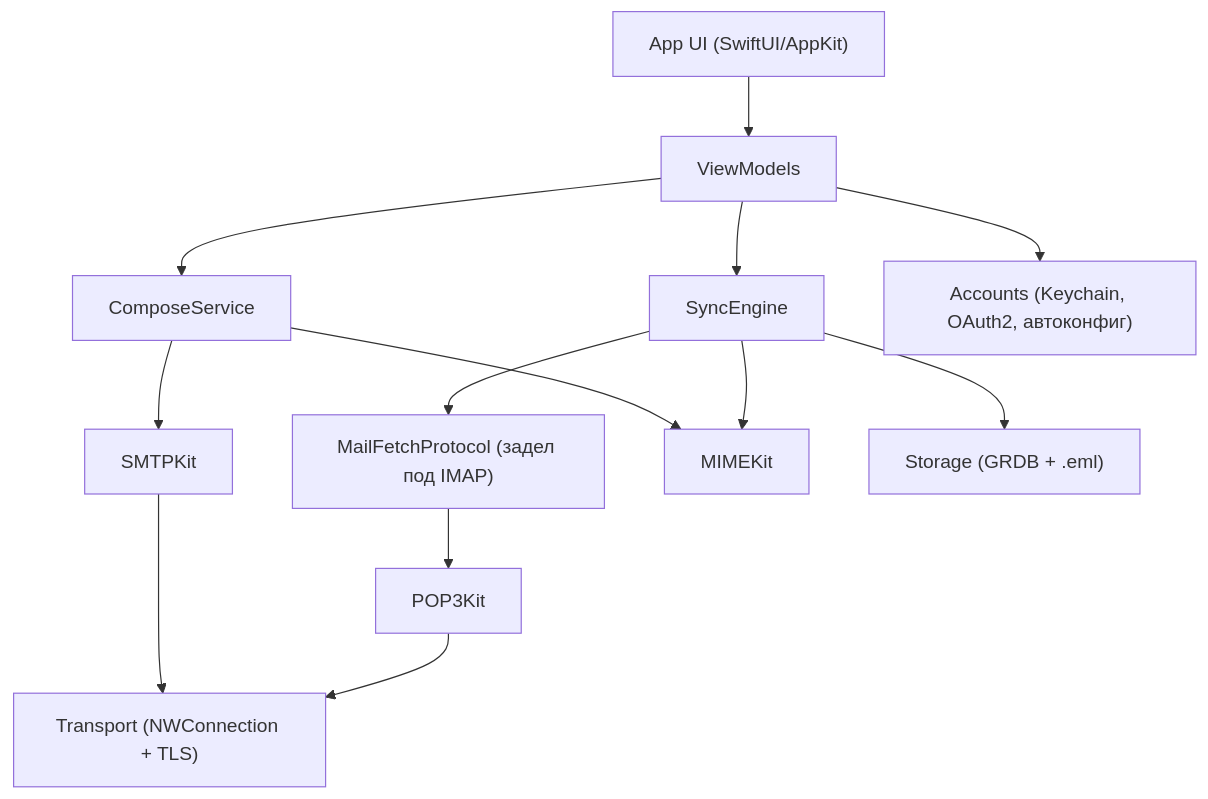
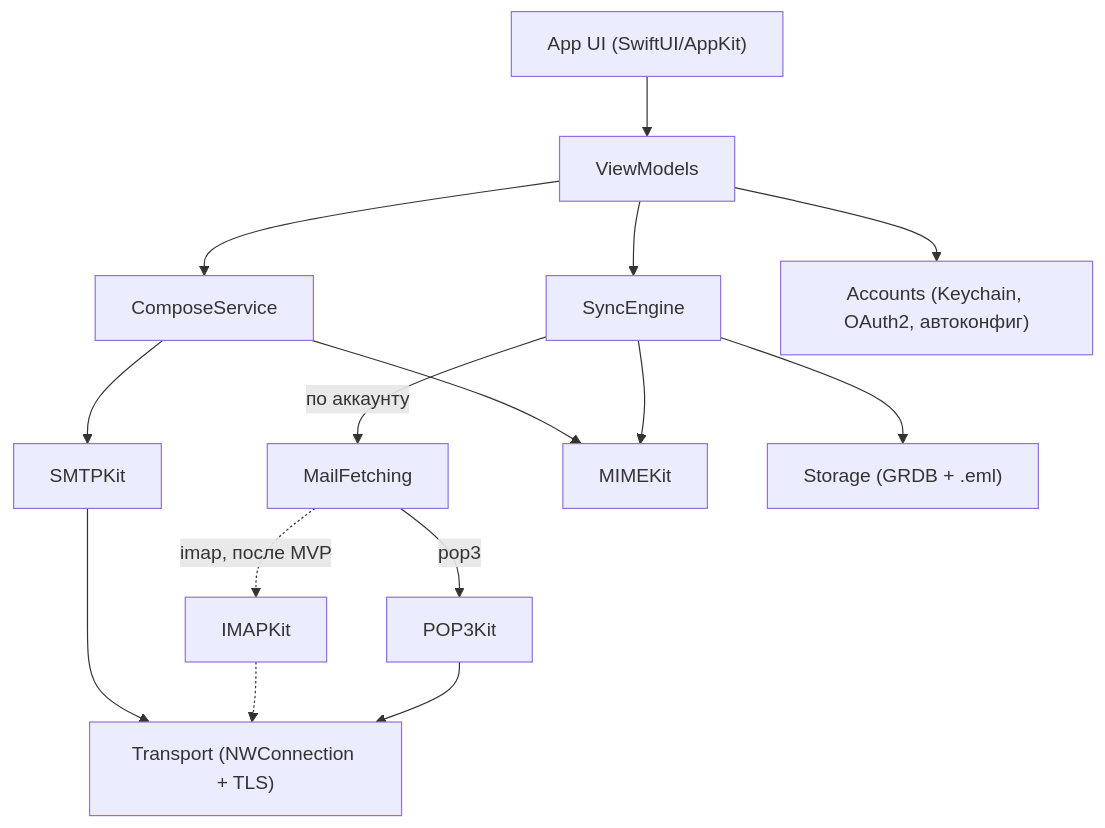
One commit to Vladimir-Etherlord/vermail changed the diagram in .cursor/plans/pop3_client_macos.plan.md. Above: the diagram before and after it, drawn with Mermaid. The commit also changed other lines of this file and 13 other files, not shown here.

````diff
--- a/.cursor/plans/pop3_client_macos.plan.md
+++ b/.cursor/plans/pop3_client_macos.plan.md
@@ -81,15 +88,17 @@
 ```mermaid
 flowchart TD
     UI["App UI (SwiftUI/AppKit)"] --> VM[ViewModels]
     VM --> Sync[SyncEngine]
     VM --> Compose[ComposeService]
-    Sync --> FetchProto["MailFetchProtocol (задел под IMAP)"]
-    FetchProto --> POP3Kit
+    Sync -->|"по аккаунту"| FetchProto["MailFetching"]
+    FetchProto -->|"pop3"| POP3Kit
+    FetchProto -.->|"imap, после MVP"| IMAPKit
     Compose --> SMTPKit
     POP3Kit --> Transport["Transport (NWConnection + TLS)"]
+    IMAPKit -.-> Transport
     SMTPKit --> Transport
     Sync --> MIMEKit
     Compose --> MIMEKit
     Sync --> Storage["Storage (GRDB + .eml)"]
     VM --> Accounts["Accounts (Keychain, OAuth2, автоконфиг)"]
 ```
````
